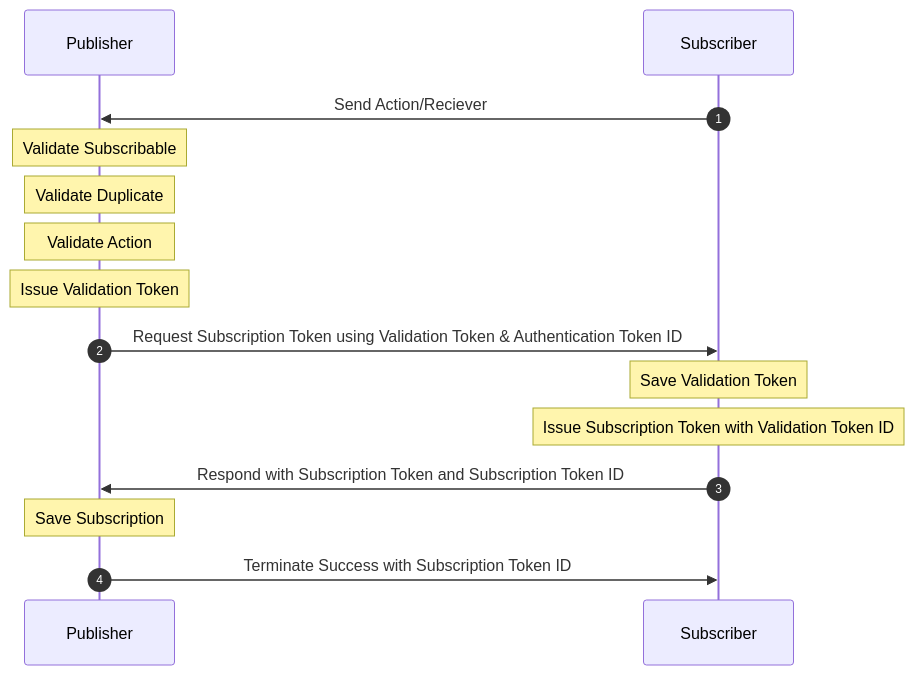
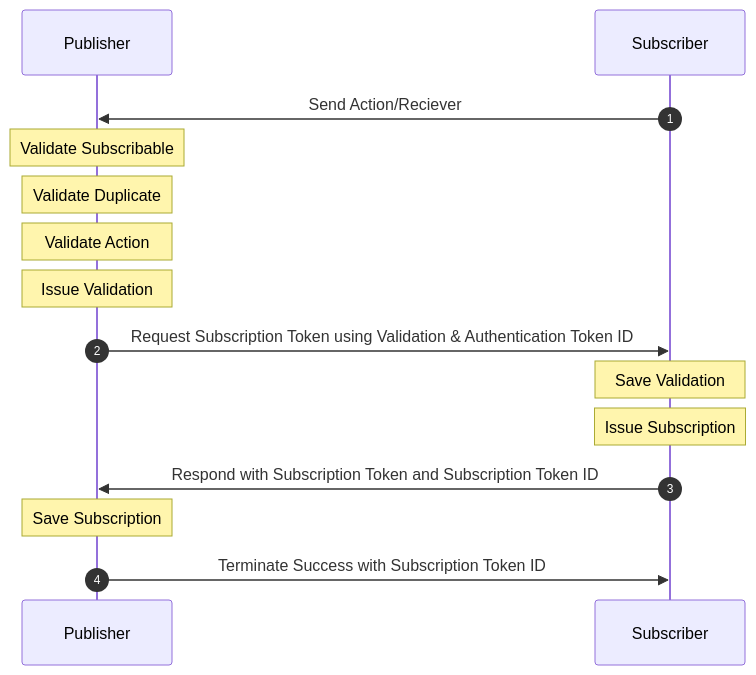
Before and after one commit to nathan-fiscaletti/coattail: the first of 3 diagrams in docs/subscription.md, drawn with Mermaid.

````diff
--- a/docs/subscription.md
+++ b/docs/subscription.md
@@ -4,19 +4,19 @@
 ```mermaid
 sequenceDiagram
     autonumber
 
     participant Publisher
     participant Subscriber
 
     Subscriber ->> Publisher: Send Action/Reciever
     Note over Publisher: Validate Subscribable
     Note over Publisher: Validate Duplicate
     Note over Publisher: Validate Action
-    Note over Publisher: Issue Validation Token
-    Publisher ->> Subscriber: Request Subscription Token using Validation Token & Authentication Token ID
-    Note over Subscriber: Save Validation Token
-    Note over Subscriber: Issue Subscription Token with Validation Token ID
+    Note over Publisher: Issue Validation
+    Publisher ->> Subscriber: Request Subscription Token using Validation & Authentication Token ID
+    Note over Subscriber: Save Validation
+    Note over Subscriber: Issue Subscription
     Subscriber ->> Publisher: Respond with Subscription Token and Subscription Token ID
     Note over Publisher: Save Subscription
     Publisher ->> Subscriber: Terminate Success with Subscription Token ID
 ```
````
